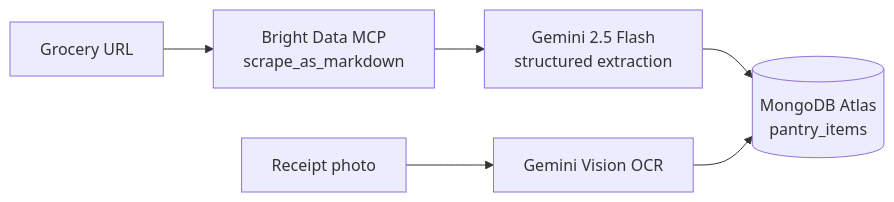
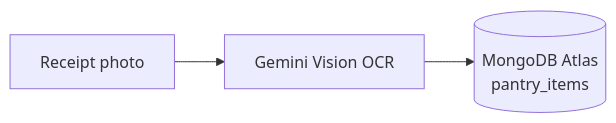
The first of 2 diagrams in README.md (faketut/PantryPilot), drawn with Mermaid before and after one commit. The commit also changed other lines of this file and 8 other files, not shown here.

Commit message:
Refactor: remove Bright Data MCP integration; update README and Dockerfile; enhance agent logging and receipt processing

````diff
--- a/README.md
+++ b/README.md
@@ -36,8 +33,5 @@
 ```mermaid
 flowchart LR
-    A[Grocery URL] --> B[Bright Data MCP<br/>scrape_as_markdown]
-    B --> C[Gemini 2.5 Flash<br/>structured extraction]
-    C --> D[(MongoDB Atlas<br/>pantry_items)]
     G[Receipt photo] --> H[Gemini Vision OCR]
-    H --> D
+    H --> D[(MongoDB Atlas<br/>pantry_items)]
 ```
````
